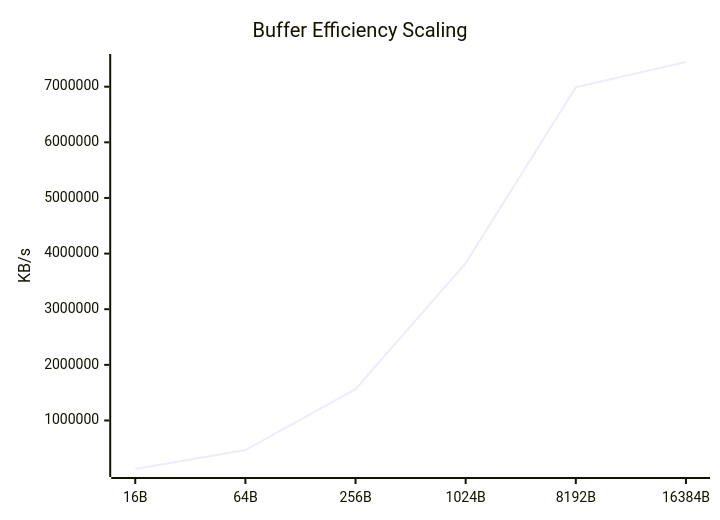
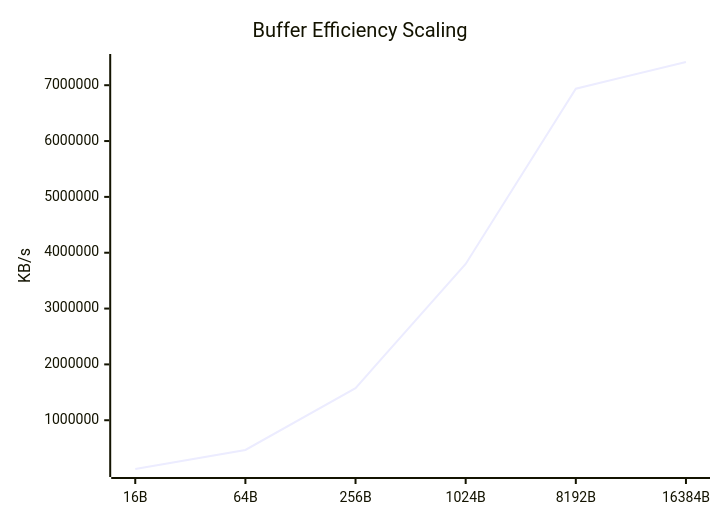
One commit to taha2samy/openssl_fips changed the fifth of 9 diagrams in docs/Comparison_Report.md. Above: the diagram before and after it, drawn with Mermaid. The commit also changed other lines of this file and 2 other files, not shown here.

````diff
--- a/docs/Comparison_Report.md
+++ b/docs/Comparison_Report.md
@@ -94,7 +94,7 @@
 ```mermaid
 xychart-beta
     title "Buffer Efficiency Scaling"
     x-axis [16B, 64B, 256B, 1024B, 8192B, 16384B]
     y-axis "KB/s"
-    line [127832.9, 468768.0, 1563209.34, 3828550.66, 6989996.03, 7443816.45]
+    line [126668.08, 468066.21, 1574305.02, 3799275.52, 6938365.95, 7415734.27]
 ```
````
